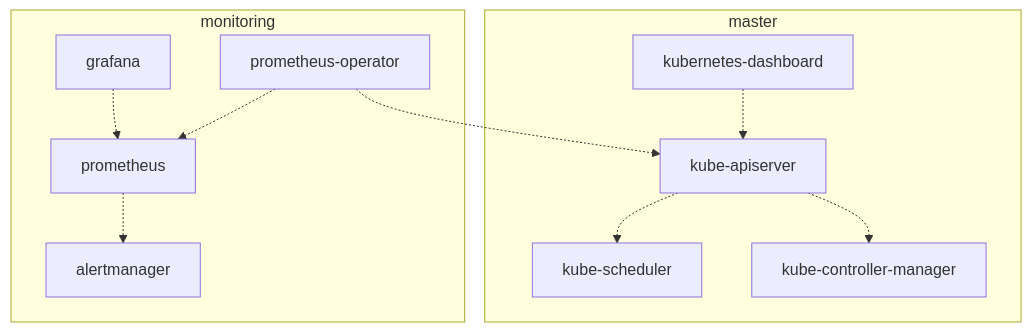
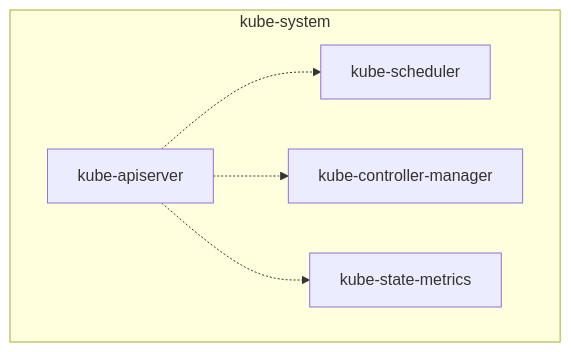
Before and after one commit to AIOS-SH/devoxx-dashboard-as-code: the diagram in dashboards/schema.mermaid, drawn with Mermaid.

Commit message:
MAJ schéma mermaid

```diff
--- a/dashboards/schema.mermaid
+++ b/dashboards/schema.mermaid
@@ -1,12 +1,6 @@
 graph TD
-  subgraph master
-    kubernetes-dashboard -.-> kube-apiserver
+  subgraph kube-system
     kube-apiserver -.-> kube-scheduler
     kube-apiserver -.-> kube-controller-manager
+    kube-apiserver -.-> kube-state-metrics
   end
-  subgraph monitoring
-    prometheus-operator -.-> kube-apiserver
-    prometheus-operator -.-> prometheus
-    prometheus -.-> alertmanager
-    grafana -.-> prometheus
-  end
```
